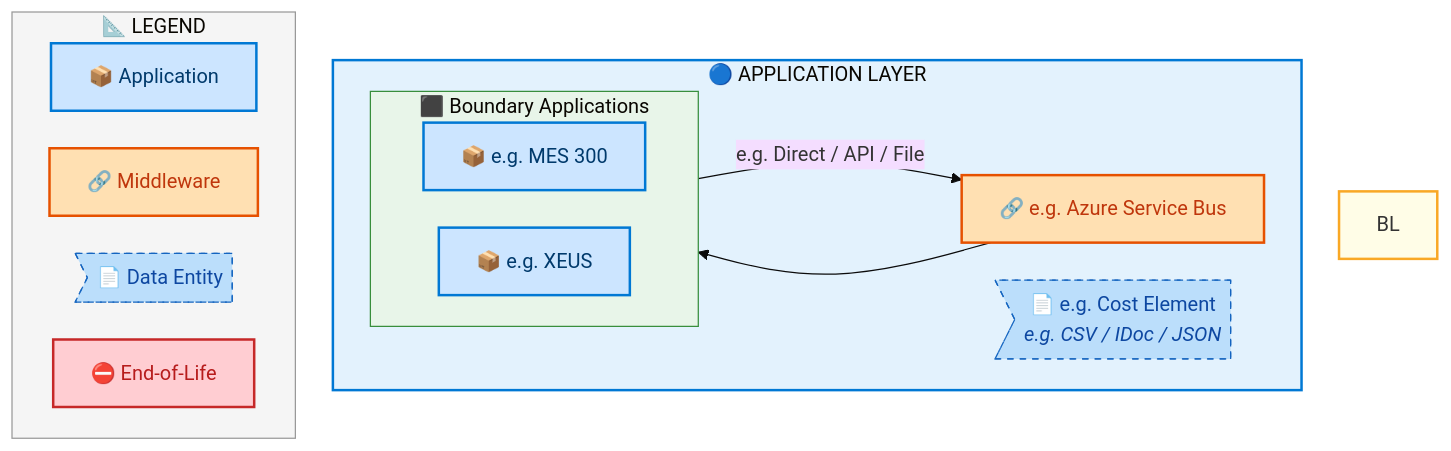
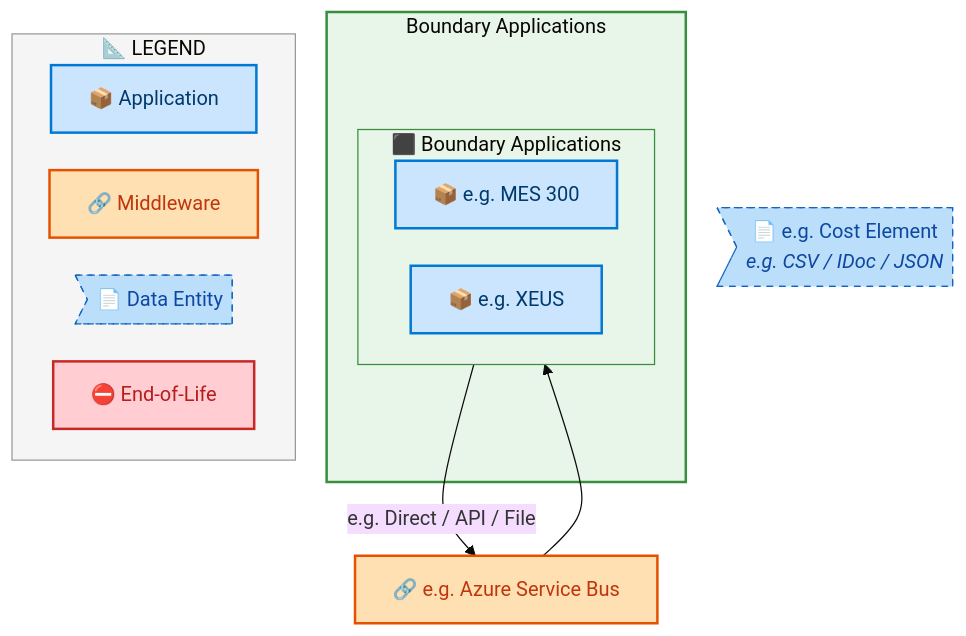
One commit to sajivfrancis777/IAO-Architecture changed the fourth of 7 diagrams in towers/E2E/Procure to Pay/E2E-59/output/docs/systems-architecture/E2E-59-Architecture.md. Above: the diagram before and after it, drawn with Mermaid. The commit also changed other lines of this file and 106 other files, not shown here.

First line of the commit message:
feat: tier-grouped swim lane layout for architecture diagrams

````diff
--- a/towers/E2E/Procure to Pay/E2E-59/output/docs/systems-architecture/E2E-59-Architecture.md
+++ b/towers/E2E/Procure to Pay/E2E-59/output/docs/systems-architecture/E2E-59-Architecture.md
@@ -388,41 +388,40 @@
 ```mermaid
 %%{init: {"theme": "base", "securityLevel": "loose", "themeVariables": {"fontSize": "16px", "fontFamily": "Segoe UI, Arial, sans-serif"}, "flowchart": {"useMaxWidth": false, "htmlLabels": true, "nodeSpacing": 30, "rankSpacing": 35}} }%%
 flowchart TB
     %% -- ArchiMate 3.2 + Azure style classes --
     classDef business      fill:#FFFFB3,stroke:#F9A825,stroke-width:2px,color:#000
     classDef app           fill:#CCE5FF,stroke:#0078D4,stroke-width:2px,color:#003A6C
     classDef data          fill:#BBDEFB,stroke:#1565C0,stroke-width:1px,color:#0D47A1,stroke-dasharray: 5 5
     classDef middleware    fill:#FFE0B2,stroke:#E65100,stroke-width:2px,color:#BF360C
     classDef eol           fill:#FFCDD2,stroke:#C62828,stroke-width:2px,color:#B71C1C
     classDef saas          fill:#E1BEE7,stroke:#7B1FA2,stroke-width:2px,color:#4A148C
     classDef cloud         fill:#BBDEFB,stroke:#1565C0,stroke-width:2px,color:#0D47A1
     classDef onprem        fill:#C8E6C9,stroke:#2E7D32,stroke-width:2px,color:#1B5E20
 
-    subgraph AL["🔵 APPLICATION LAYER"]
+    subgraph E2E59CT_Boundary_Applications["Boundary Applications"]
         subgraph E2E59CLN_Boundary_Applications[" ⬛ Boundary Applications"]
             direction LR
             E2E59C_e_g_MES_300["📦 e.g. MES 300"]:::app
             E2E59C_e_g_XEUS["📦 e.g. XEUS"]:::app
         end
-        E2E59CMW_e_g_Azure_Service_Bus["🔗 e.g. Azure Service Bus"]:::middleware
-        E2E59CDE_e_g_Cost_Element>"📄 e.g. Cost Element<br/><i>e.g. CSV / IDoc / JSON</i>"]:::data
     end
+
+    E2E59CMW_e_g_Azure_Service_Bus["🔗 e.g. Azure Service Bus"]:::middleware
+    E2E59CDE_e_g_Cost_Element>"📄 e.g. Cost Element<br/><i>e.g. CSV / IDoc / JSON</i>"]:::data
 
     E2E59C_e_g_MES_300 -->|"e.g. Direct / API / File"| E2E59CMW_e_g_Azure_Service_Bus
     E2E59CMW_e_g_Azure_Service_Bus --> E2E59C_e_g_XEUS
 
 
-    style BL fill:#FFFDE7,stroke:#F9A825,stroke-width:2px
-    style AL fill:#E3F2FD,stroke:#0078D4,stroke-width:2px
-
+    style E2E59CT_Boundary_Applications fill:#E8F5E9,stroke:#388E3C,stroke-width:2px
     style E2E59CLN_Boundary_Applications fill:#E8F5E9,stroke:#388E3C,stroke-width:1px
 
     subgraph Legend["📐 LEGEND"]
         direction LR
         L_APP["📦 Application"]:::app
         L_MW["🔗 Middleware"]:::middleware
         L_DE>"📄 Data Entity"]:::data
         L_EOL["⛔ End-of-Life"]:::eol
     end
     style Legend fill:#F5F5F5,stroke:#999,stroke-width:1px
 ```
````
